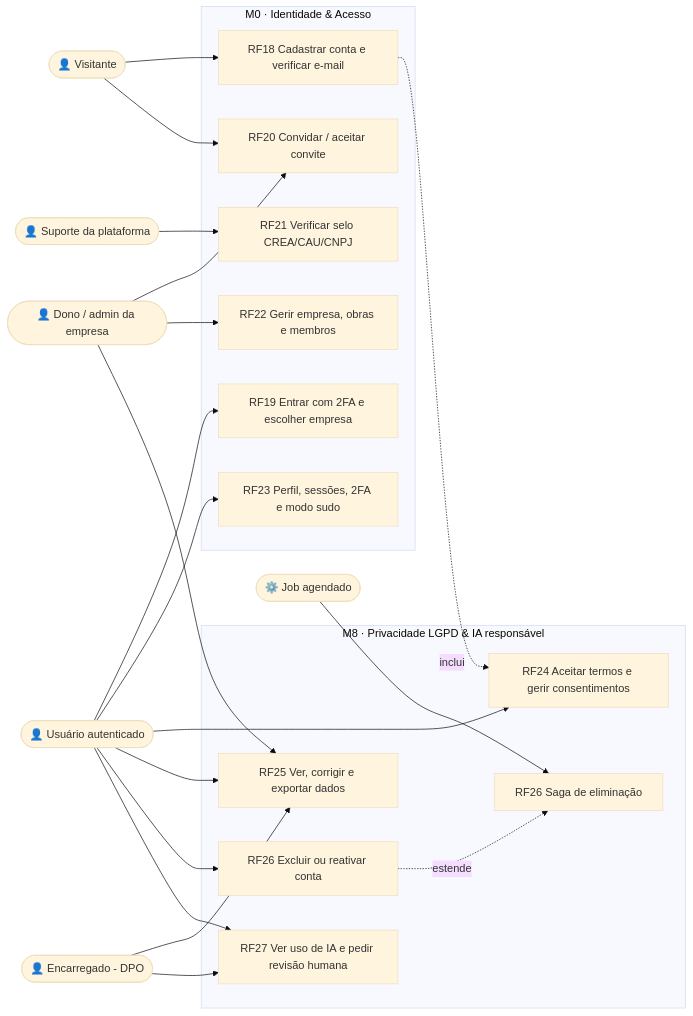
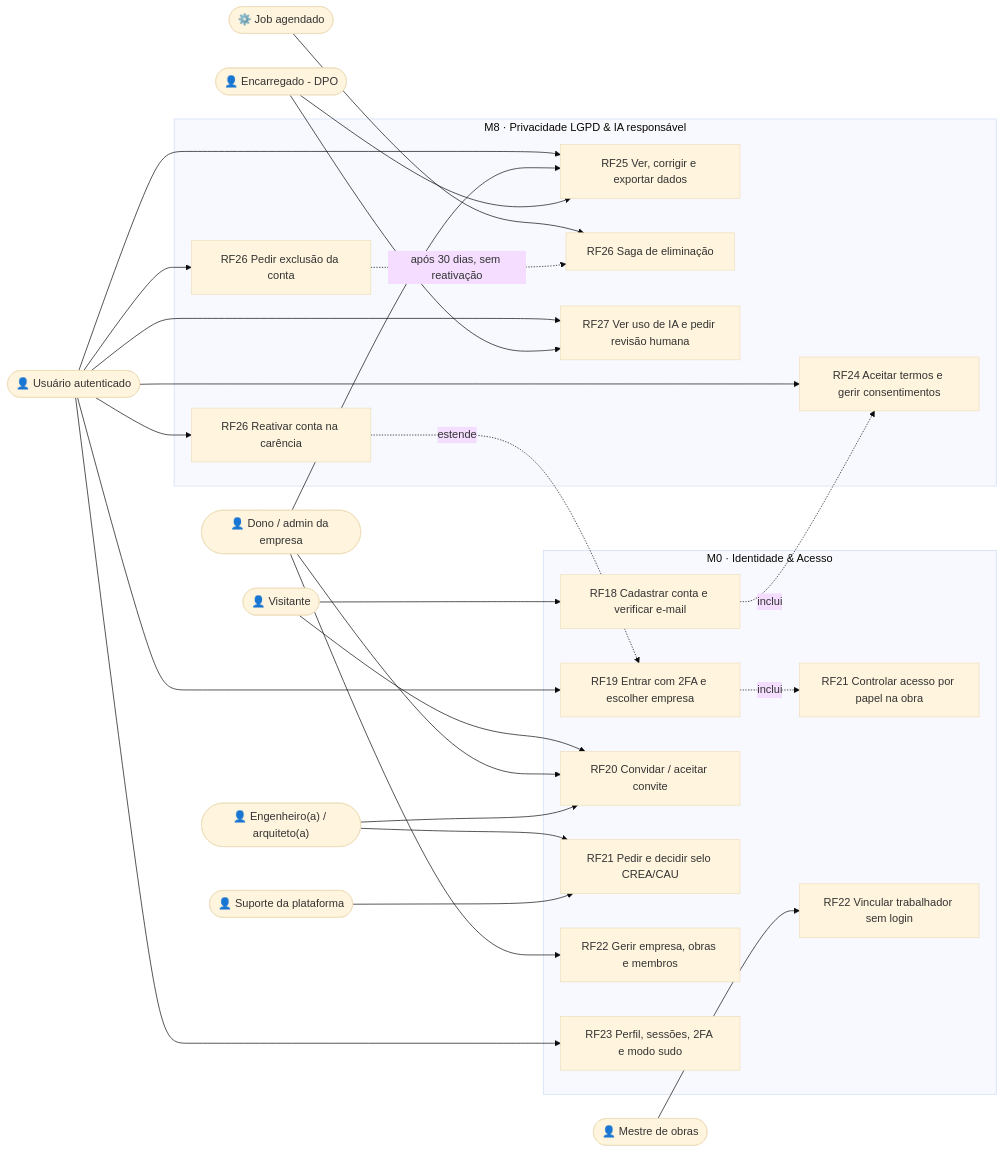
The first of 2 diagrams in docs/DIAGRAMA_CASOS_DE_USO.md (MatheusHaliski/CivilConstructorAI), drawn with Mermaid (base theme) before and after one commit. The commit also changed other lines of this file and 65 other files, not shown here.

````diff
--- a/docs/DIAGRAMA_CASOS_DE_USO.md
+++ b/docs/DIAGRAMA_CASOS_DE_USO.md
@@ -17,33 +27,43 @@
 ```mermaid
 flowchart LR
   vis(["👤 Visitante"])
   usr(["👤 Usuário autenticado"])
   dono(["👤 Dono / admin da empresa"])
+  resp(["👤 Engenheiro(a) / arquiteto(a)"])
+  mestre(["👤 Mestre de obras"])
   dpo(["👤 Encarregado - DPO"])
   sup(["👤 Suporte da plataforma"])
   job(["⚙️ Job agendado"])
   subgraph M0["M0 · Identidade & Acesso"]
     u18["RF18 Cadastrar conta e verificar e-mail"]
     u19["RF19 Entrar com 2FA e escolher empresa"]
     u20["RF20 Convidar / aceitar convite"]
-    u21["RF21 Verificar selo CREA/CAU/CNPJ"]
+    u21["RF21 Controlar acesso por papel na obra"]
+    u21s["RF21 Pedir e decidir selo CREA/CAU"]
     u22["RF22 Gerir empresa, obras e membros"]
+    u22t["RF22 Vincular trabalhador sem login"]
     u23["RF23 Perfil, sessões, 2FA e modo sudo"]
   end
   subgraph M8["M8 · Privacidade LGPD & IA responsável"]
     u24["RF24 Aceitar termos e gerir consentimentos"]
     u25["RF25 Ver, corrigir e exportar dados"]
-    u26["RF26 Excluir ou reativar conta"]
+    u26["RF26 Pedir exclusão da conta"]
+    u26r["RF26 Reativar conta na carência"]
     u26s["RF26 Saga de eliminação"]
     u27["RF27 Ver uso de IA e pedir revisão humana"]
   end
   vis --> u18
   vis --> u20
   usr --> u19 & u23 & u24 & u25 & u26 & u27
+  usr --> u26r
   dono --> u20 & u22 & u25
-  sup --> u21
+  resp --> u20 & u21s
+  mestre --> u22t
+  sup --> u21s
   dpo --> u25 & u27
   job --> u26s
   u18 -. inclui .-> u24
-  u26 -. estende .-> u26s
+  u19 -. inclui .-> u21
+  u26r -. estende .-> u19
+  u26 -. "após 30 dias, sem reativação" .-> u26s
 ```
````
